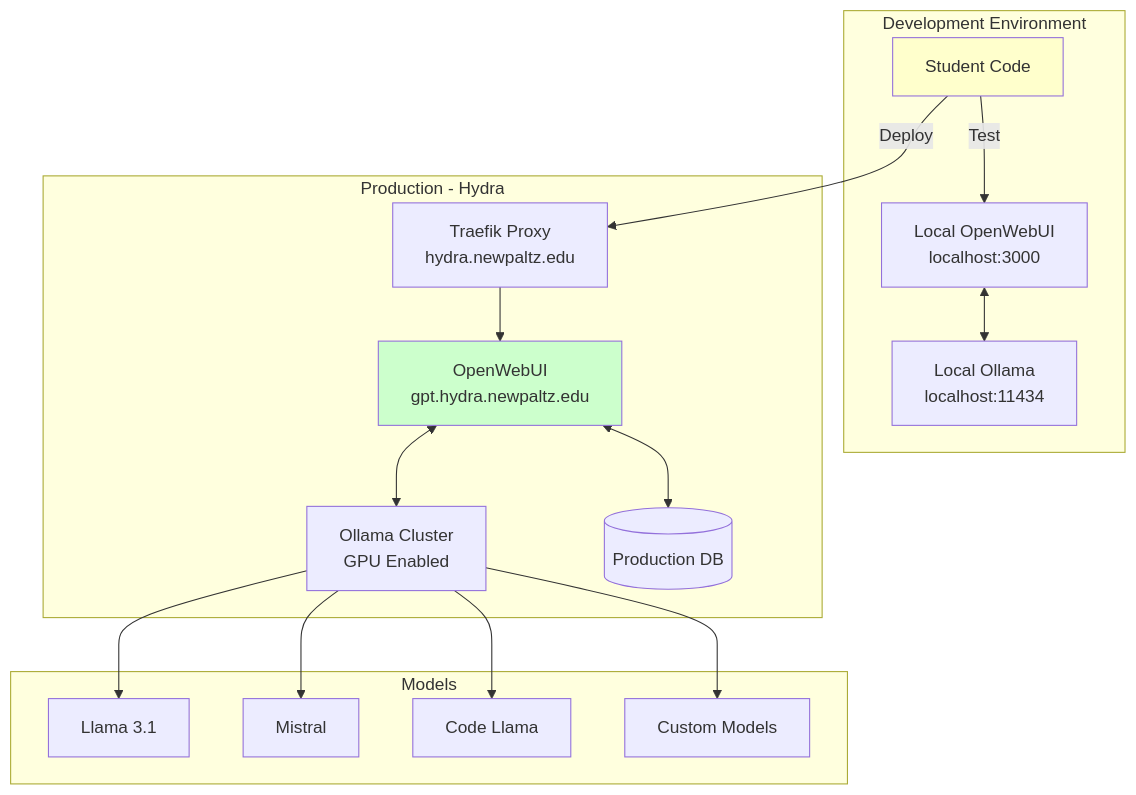
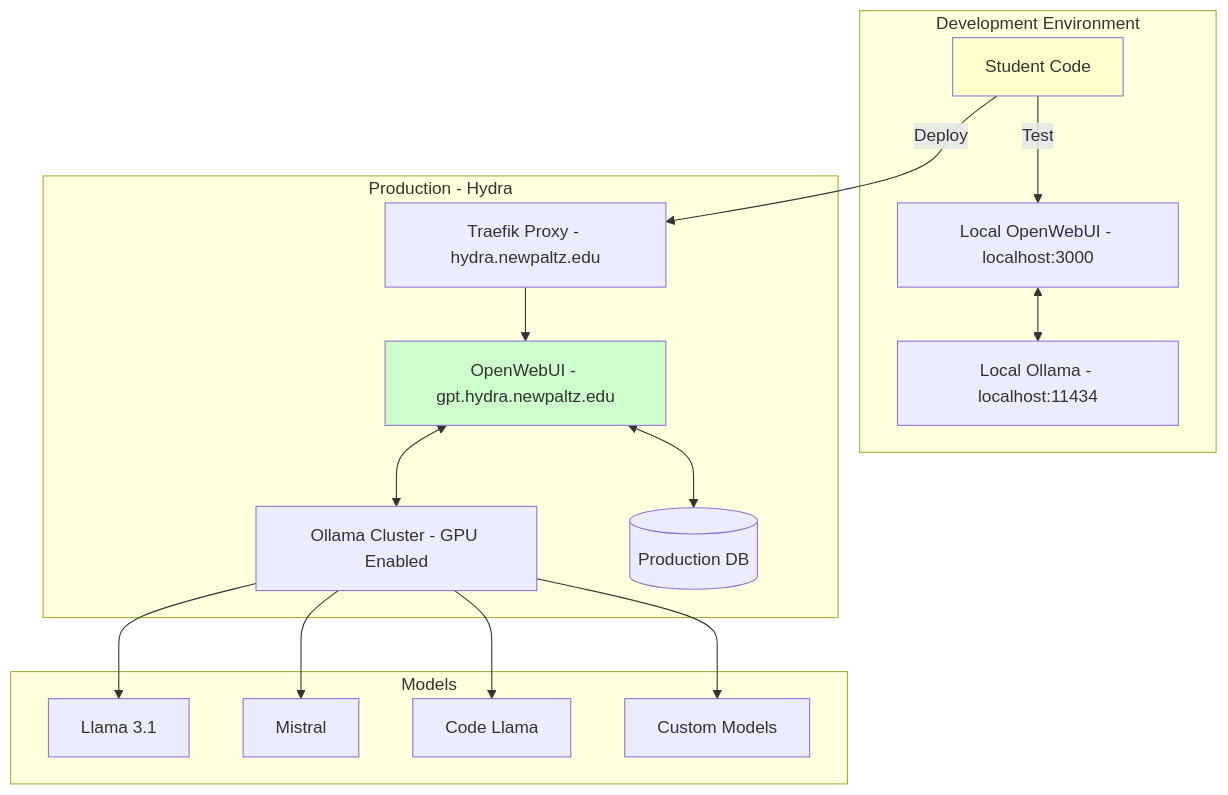
One commit to ndg8743/hydra-saml-auth changed diagram 11 of 14 in docs/access.md. Above: the diagram before and after it, drawn with Mermaid. The commit also changed other lines of this file, not shown here.

````diff
--- a/docs/access.md
+++ b/docs/access.md
@@ -744,38 +1986,38 @@
 ```mermaid
 graph TB
     subgraph "Development Environment"
         DevCode[Student Code]
-        DevAPI[Local OpenWebUI<br/>localhost:3000]
-        DevOllama[Local Ollama<br/>localhost:11434]
+        DevAPI[Local OpenWebUI - localhost:3000]
+        DevOllama[Local Ollama - localhost:11434]
     end
     
     subgraph "Production - Hydra"
-        ProdTraefik[Traefik Proxy<br/>hydra.newpaltz.edu]
-        ProdAPI[OpenWebUI<br/>gpt.hydra.newpaltz.edu]
-        ProdOllama[Ollama Cluster<br/>GPU Enabled]
+        ProdTraefik[Traefik Proxy - hydra.newpaltz.edu]
+        ProdAPI[OpenWebUI - gpt.hydra.newpaltz.edu]
+        ProdOllama[Ollama Cluster - GPU Enabled]
         ProdDB[(Production DB)]
     end
     
     subgraph "Models"
         Llama[Llama 3.1]
         Mistral[Mistral]
         CodeLlama[Code Llama]
         Custom[Custom Models]
     end
     
     DevCode -->|Test| DevAPI
     DevAPI <--> DevOllama
     
     DevCode -->|Deploy| ProdTraefik
     ProdTraefik --> ProdAPI
     ProdAPI <--> ProdOllama
     ProdAPI <--> ProdDB
     
     ProdOllama --> Llama
     ProdOllama --> Mistral
     ProdOllama --> CodeLlama
     ProdOllama --> Custom
     
     style DevCode fill:#ffffcc
     style ProdAPI fill:#ccffcc
 ```
````
